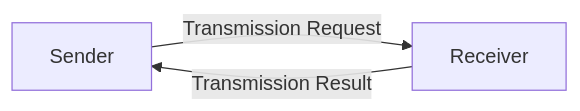
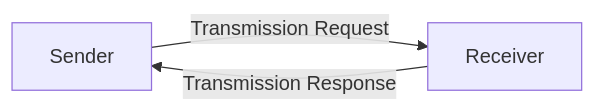
The first of 2 diagrams in dsp-api.md (OneKey-Network/addressability-framework), drawn with Mermaid before and after one commit. The commit also changed other lines of this file, not shown here.

Commit message:
Refine the Transmission section

````diff
--- a/dsp-api.md
+++ b/dsp-api.md
@@ -44,8 +58,8 @@
 ```mermaid
 flowchart LR
     S[Sender]
     R[Receiver]
 
     S --Transmission Request--> R
-    R --Transmission Result--> S
+    R --Transmission Response--> S
 ```
````
